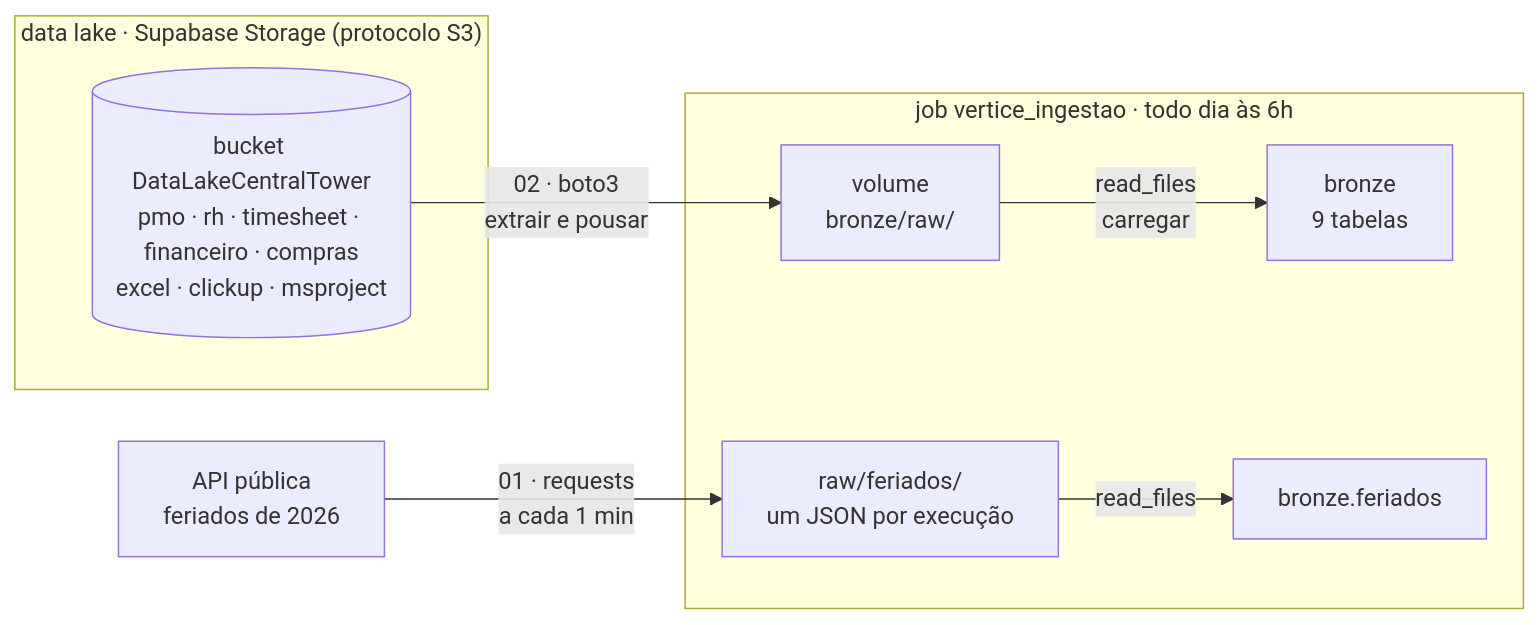
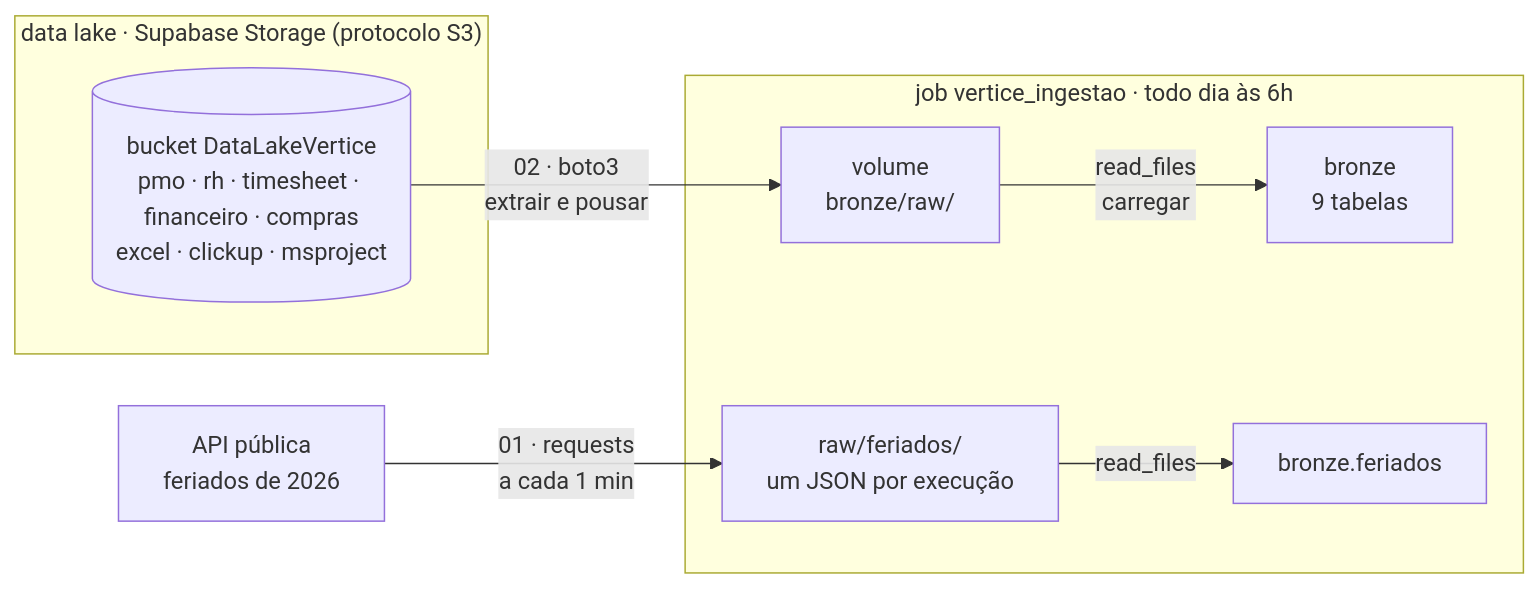
One commit to AugustoKoche-AI/ImersaoControlTower changed the first of 2 diagrams in aulas/aula-02-python-engenheiro/README.md. Above: the diagram before and after it, drawn with Mermaid. The commit also changed other lines of this file and 92 other files, not shown here.

````diff
--- a/aulas/aula-02-python-engenheiro/README.md
+++ b/aulas/aula-02-python-engenheiro/README.md
@@ -20,16 +20,16 @@
 ```mermaid
 flowchart LR
   subgraph LAKE["data lake · Supabase Storage (protocolo S3)"]
-    B[("bucket DataLakeCentralTower<br/>pmo · rh · timesheet · financeiro · compras<br/>excel · clickup · msproject")]
+    B[("bucket DataLakeVertice<br/>pmo · rh · timesheet · financeiro · compras<br/>excel · clickup · msproject")]
   end
   API["API pública<br/>feriados de 2026"]
   B -- "02 · boto3<br/>extrair e pousar" --> RAW["volume<br/>bronze/raw/"]
   RAW -- "read_files<br/>carregar" --> BR["bronze<br/>9 tabelas"]
   API -- "01 · requests<br/>a cada 1 min" --> RAWF["raw/feriados/<br/>um JSON por execução"] -- "read_files" --> BF["bronze.feriados"]
   subgraph JOB["job vertice_ingestao · todo dia às 6h"]
     RAW
     BR
     RAWF
     BF
   end
 ```
````
